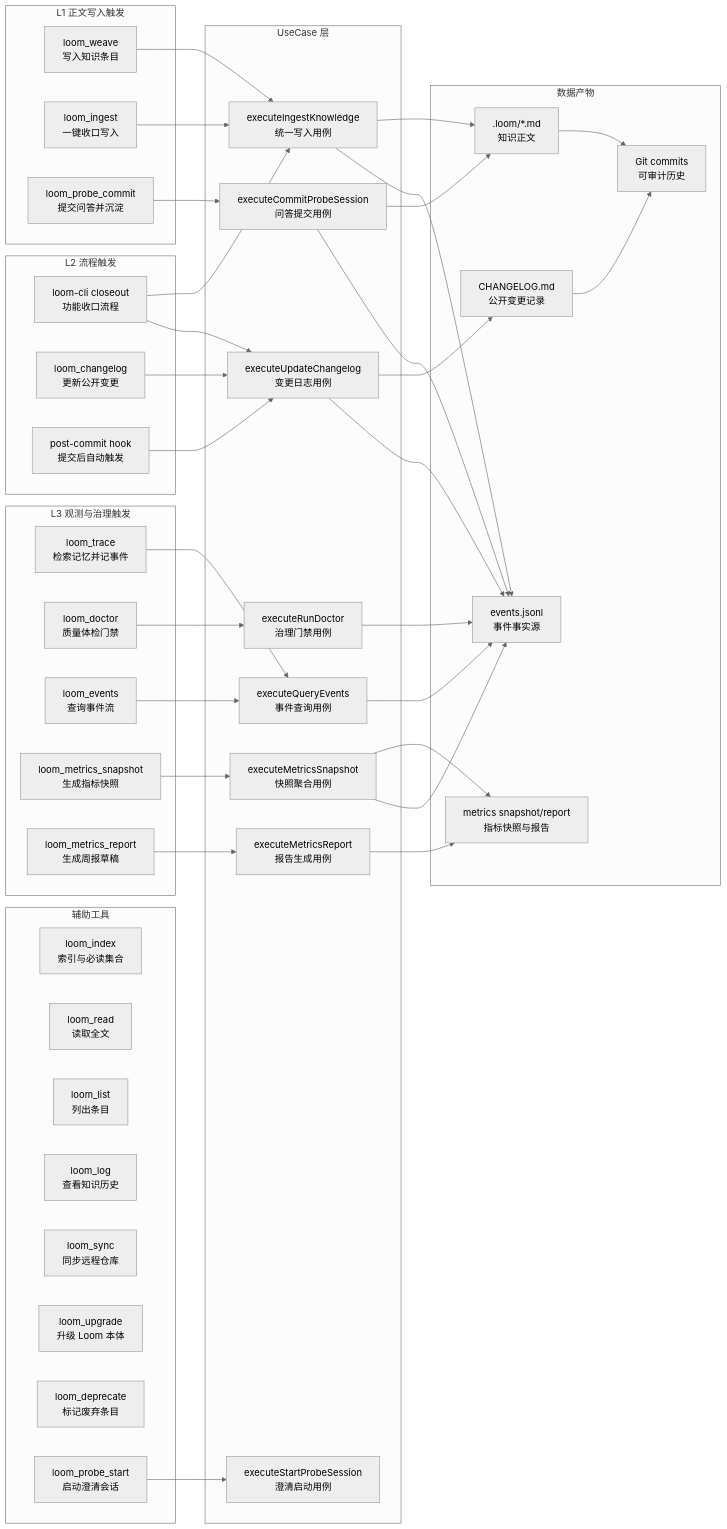
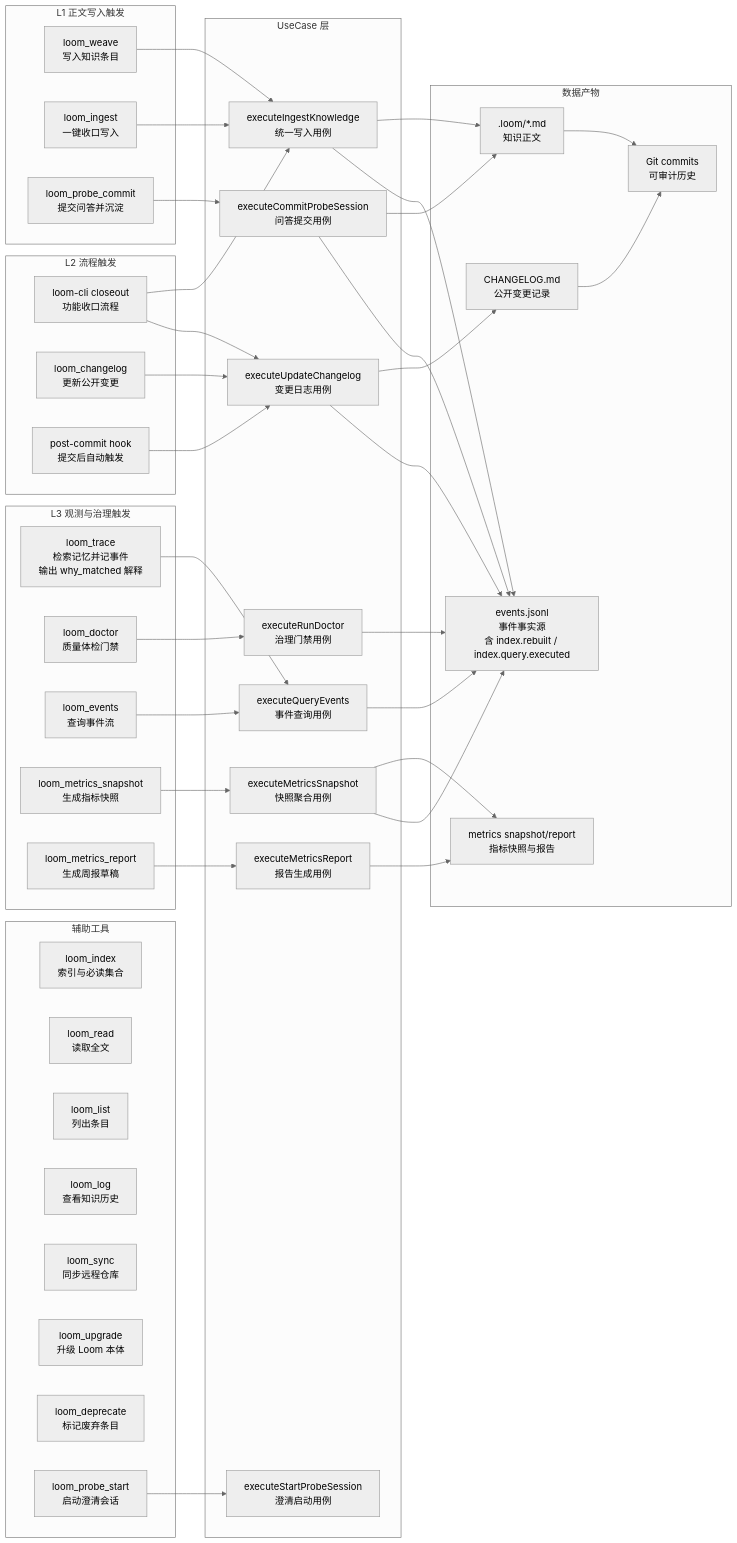
Before and after one commit to jqlong17/loom: the fourth of 4 diagrams in docs/ARCHITECTURE.md, drawn with Mermaid (neutral theme). The commit also changed other lines of this file and 27 other files, not shown here.

````diff
--- a/docs/ARCHITECTURE.md
+++ b/docs/ARCHITECTURE.md
@@ -211,81 +212,81 @@
 ```mermaid
 flowchart LR
   subgraph L1[L1 正文写入触发]
     T1[loom_weave<br/>写入知识条目]
     T2[loom_ingest<br/>一键收口写入]
     T3[loom_probe_commit<br/>提交问答并沉淀]
   end
 
   subgraph L2[L2 流程触发]
     T4[loom-cli closeout<br/>功能收口流程]
     T5[loom_changelog<br/>更新公开变更]
     T6[post-commit hook<br/>提交后自动触发]
   end
 
   subgraph L3[L3 观测与治理触发]
-    T7[loom_trace<br/>检索记忆并记事件]
+    T7[loom_trace<br/>检索记忆并记事件<br/>输出 why_matched 解释]
     T8[loom_doctor<br/>质量体检门禁]
     T9[loom_events<br/>查询事件流]
     T10[loom_metrics_snapshot<br/>生成指标快照]
     T11[loom_metrics_report<br/>生成周报草稿]
   end
 
   subgraph AUX[辅助工具]
     A1[loom_index<br/>索引与必读集合]
     A2[loom_read<br/>读取全文]
     A3[loom_list<br/>列出条目]
     A4[loom_log<br/>查看知识历史]
     A5[loom_sync<br/>同步远程仓库]
     A6[loom_upgrade<br/>升级 Loom 本体]
     A7[loom_deprecate<br/>标记废弃条目]
     A8[loom_probe_start<br/>启动澄清会话]
   end
 
   subgraph Usecase[UseCase 层]
     U1[executeIngestKnowledge<br/>统一写入用例]
     U2[executeCommitProbeSession<br/>问答提交用例]
     U3[executeUpdateChangelog<br/>变更日志用例]
     U4[executeRunDoctor<br/>治理门禁用例]
     U5[executeQueryEvents<br/>事件查询用例]
     U6[executeMetricsSnapshot<br/>快照聚合用例]
     U7[executeMetricsReport<br/>报告生成用例]
     U8[executeStartProbeSession<br/>澄清启动用例]
   end
 
   subgraph Data[数据产物]
     D1[.loom/*.md<br/>知识正文]
-    D2[events.jsonl<br/>事件事实源]
+    D2[events.jsonl<br/>事件事实源<br/>含 index.rebuilt / index.query.executed]
     D3[metrics snapshot/report<br/>指标快照与报告]
     D4[CHANGELOG.md<br/>公开变更记录]
     D5[Git commits<br/>可审计历史]
   end
 
   T1 --> U1
   T2 --> U1
   T3 --> U2
   T4 --> U1
   T4 --> U3
   T5 --> U3
   T6 --> U3
   T7 --> U5
   T8 --> U4
   T9 --> U5
   T10 --> U6
   T11 --> U7
   A8 --> U8
 
   U1 --> D1
   U1 --> D2
   U2 --> D1
   U2 --> D2
   U3 --> D4
   U3 --> D2
   U4 --> D2
   U5 --> D2
   U6 --> D3
   U6 --> D2
   U7 --> D3
 
   D1 --> D5
   D4 --> D5
 ```
````
